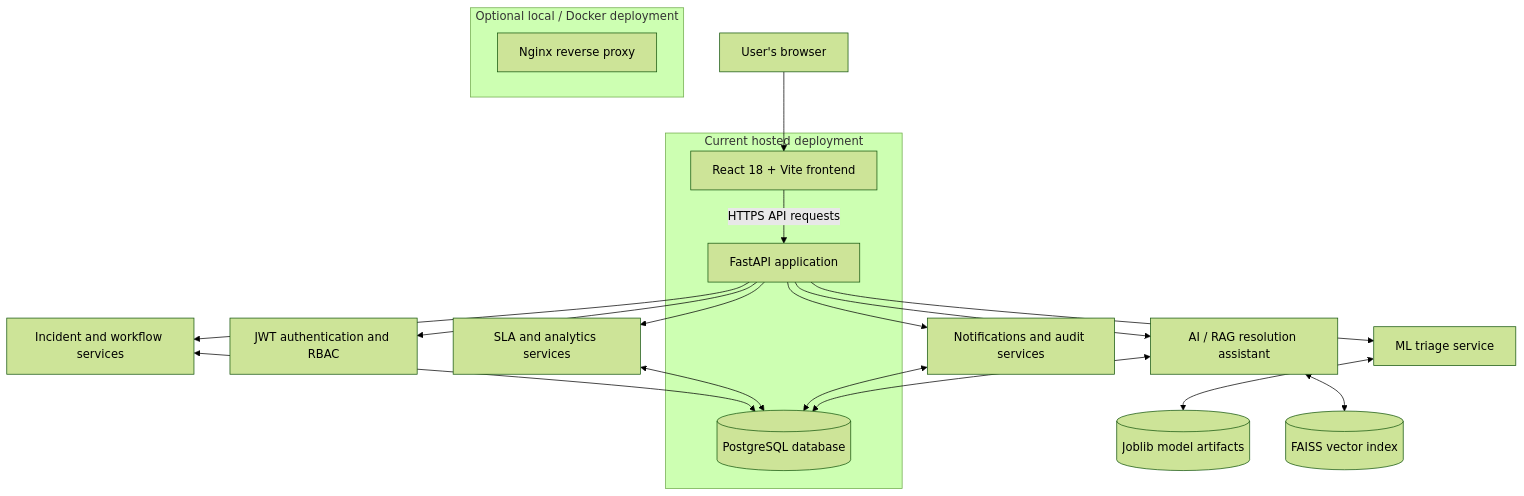
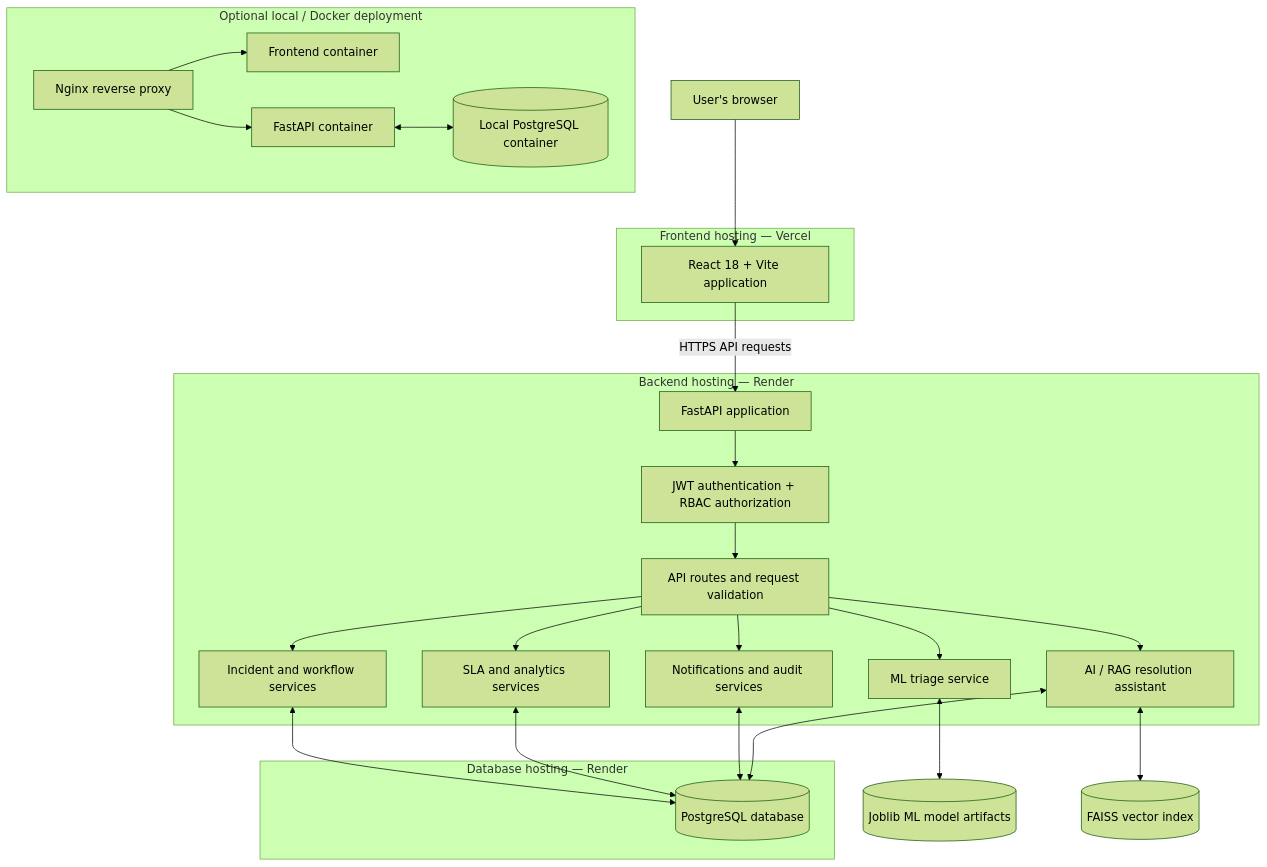
One commit to nileshkjha1/NEXUS-AI changed the second of 3 diagrams in README.md. Above: the diagram before and after it, drawn with Mermaid (forest theme). The commit also changed other lines of this file, not shown here.

Commit message:
docs: update system architecture

````diff
--- a/README.md
+++ b/README.md
@@ -136,25 +136,51 @@
 ```mermaid
 flowchart TB
-    U["User's browser"] --> V["React 18 + Vite frontend"]
-    V -->|HTTPS API requests| F["FastAPI application"]
-    F --> AUTH["JWT authentication and RBAC"]
-    F --> INC["Incident and workflow services"]
-    F --> ML["ML triage service"]
-    F --> RAG["AI / RAG resolution assistant"]
-    F --> SLA["SLA and analytics services"]
-    F --> AUD["Notifications and audit services"]
-    INC <--> DB[("PostgreSQL database")]
+    USER["User's browser"] --> FRONTEND
+
+    subgraph VERCEL["Frontend hosting — Vercel"]
+        FRONTEND["React 18 + Vite application"]
+    end
+
+    FRONTEND -->|"HTTPS API requests"| API
+
+    subgraph RENDER_API["Backend hosting — Render"]
+        API["FastAPI application"]
+        AUTH["JWT authentication + RBAC authorization"]
+        ROUTES["API routes and request validation"]
+        INC["Incident and workflow services"]
+        ML["ML triage service"]
+        RAG["AI / RAG resolution assistant"]
+        SLA["SLA and analytics services"]
+        AUD["Notifications and audit services"]
+
+        API --> AUTH
+        AUTH --> ROUTES
+        ROUTES --> INC
+        ROUTES --> ML
+        ROUTES --> RAG
+        ROUTES --> SLA
+        ROUTES --> AUD
+    end
+
+    subgraph RENDER_DB["Database hosting — Render"]
+        DB[("PostgreSQL database")]
+    end
+
+    INC <--> DB
     SLA <--> DB
     AUD <--> DB
-    ML <--> MODEL[("Joblib model artifacts")]
+    RAG <--> DB
+
+    ML <--> MODEL[("Joblib ML model artifacts")]
     RAG <--> FAISS[("FAISS vector index")]
-    RAG <--> DB
-    subgraph Cloud["Current hosted deployment"]
-      V
-      F
-      DB
-    end
-    subgraph Local["Optional local / Docker deployment"]
-      N["Nginx reverse proxy"]
+
+    subgraph LOCAL["Optional local / Docker deployment"]
+        NGINX["Nginx reverse proxy"]
+        DOCKER_FRONTEND["Frontend container"]
+        DOCKER_API["FastAPI container"]
+        DOCKER_DB[("Local PostgreSQL container")]
+        NGINX --> DOCKER_FRONTEND
+        NGINX --> DOCKER_API
+        DOCKER_API <--> DOCKER_DB
     end
 ```
````
